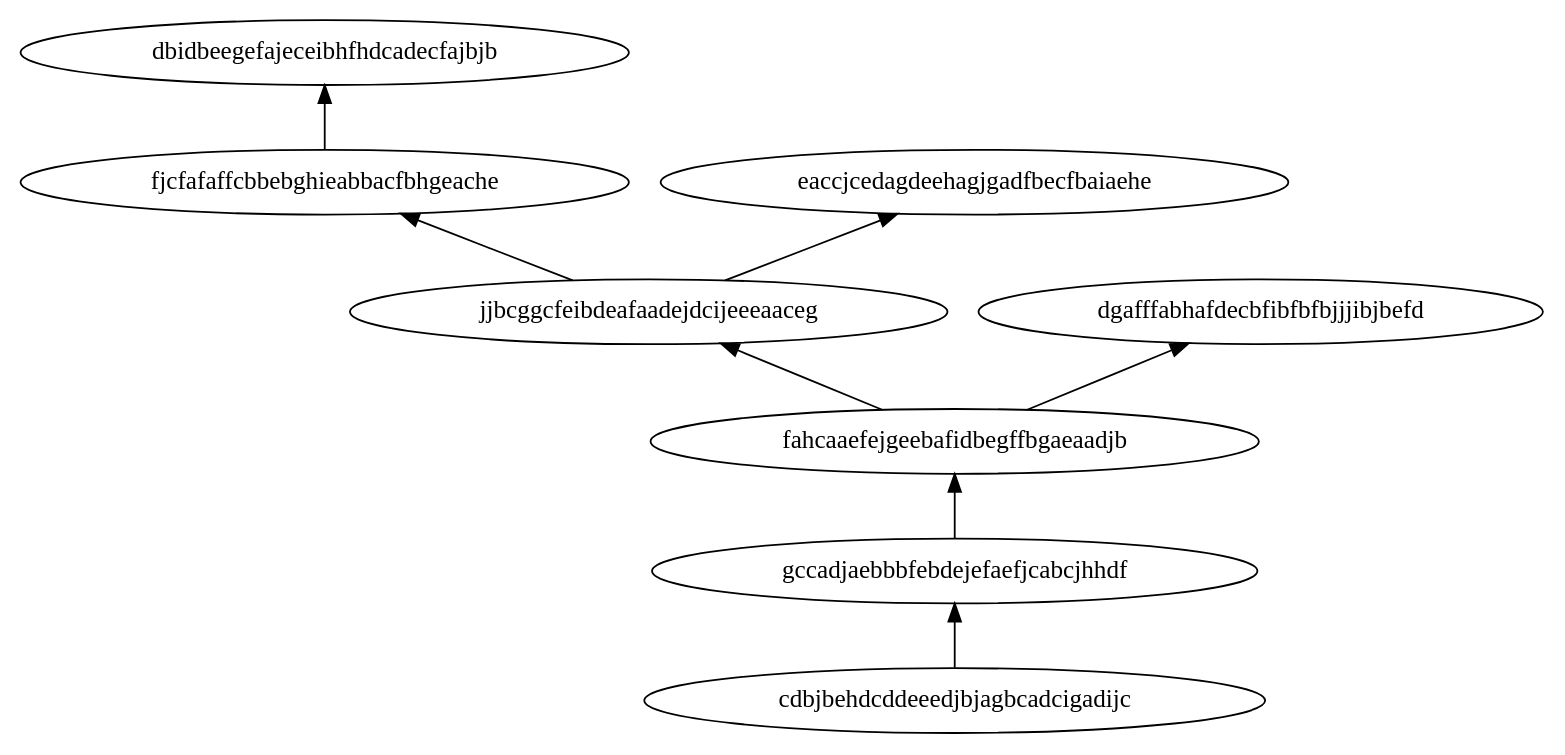
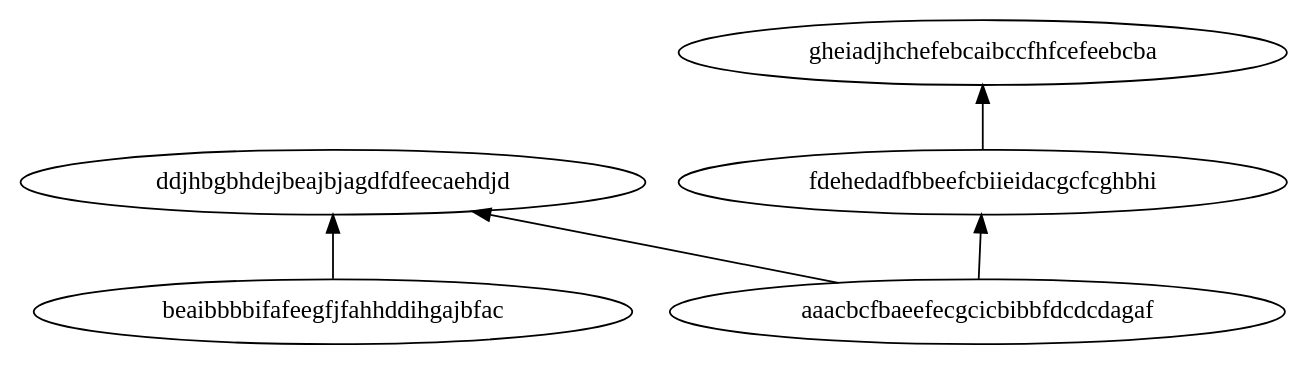
The diagram in qrgui/dotFiles/graph1.dot (qreal/qreal), drawn with Graphviz before and after one commit. The commit also changed 16 other files, not shown here.

```diff
--- a/qrgui/dotFiles/graph1.dot
+++ b/qrgui/dotFiles/graph1.dot
@@ -1,10 +1,7 @@
 digraph G { 
 rankdir=BT; 
-fjcfafaffcbbebghieabbacfbhgeache -> dbidbeegefajeceibhfhdcadecfajbjb;
-jjbcggcfeibdeafaadejdcijeeeaaceg -> fjcfafaffcbbebghieabbacfbhgeache;
-jjbcggcfeibdeafaadejdcijeeeaaceg -> eaccjcedagdeehagjgadfbecfbaiaehe;
-fahcaaefejgeebafidbegffbgaeaadjb -> jjbcggcfeibdeafaadejdcijeeeaaceg;
-fahcaaefejgeebafidbegffbgaeaadjb -> dgafffabhafdecbfibfbfbjjjibjbefd;
-gccadjaebbbfebdejefaefjcabcjhhdf -> fahcaaefejgeebafidbegffbgaeaadjb;
-cdbjbehdcddeeedjbjagbcadcigadijc -> gccadjaebbbfebdejefaefjcabcjhhdf;
+beaibbbbifafeegfjfahhddihgajbfac -> ddjhbgbhdejbeajbjagdfdfeecaehdjd;
+aaacbcfbaeefecgcicbibbfdcdcdagaf -> fdehedadfbbeefcbiieidacgcfcghbhi;
+aaacbcfbaeefecgcicbibbfdcdcdagaf -> ddjhbgbhdejbeajbjagdfdfeecaehdjd;
+fdehedadfbbeefcbiieidacgcfcghbhi -> gheiadjhchefebcaibccfhfcefeebcba;
 }
```
